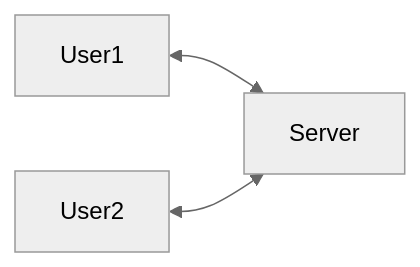
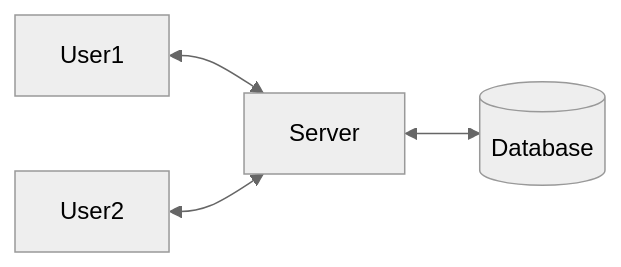
Before and after one commit to mzyzc/echo: the diagram in assets/src/client-server.mmd, drawn with Mermaid (neutral theme). The commit also changed 3 other files, not shown here.

Commit message:
Improved some graphs

```diff
--- a/assets/src/client-server.mmd
+++ b/assets/src/client-server.mmd
@@ -1,3 +1,4 @@
 flowchart LR
     User1 <--> Server
     User2 <--> Server
+    Server <--> db[(Database)]
```
